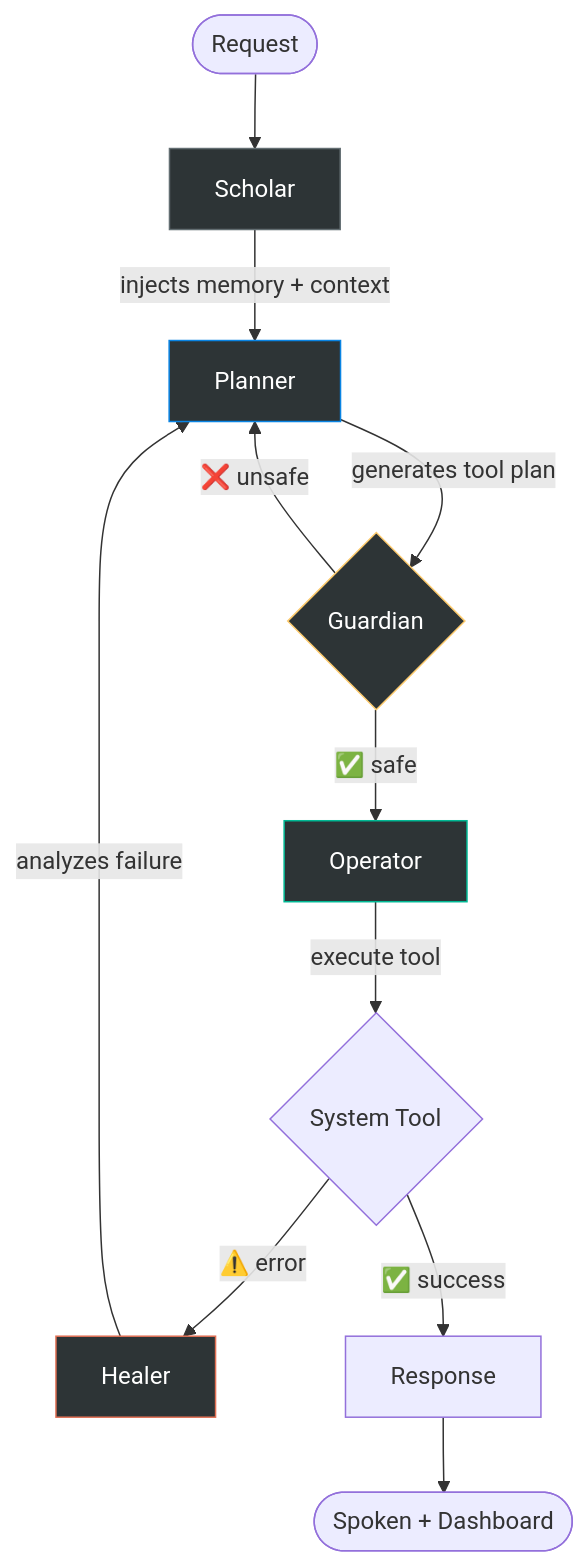
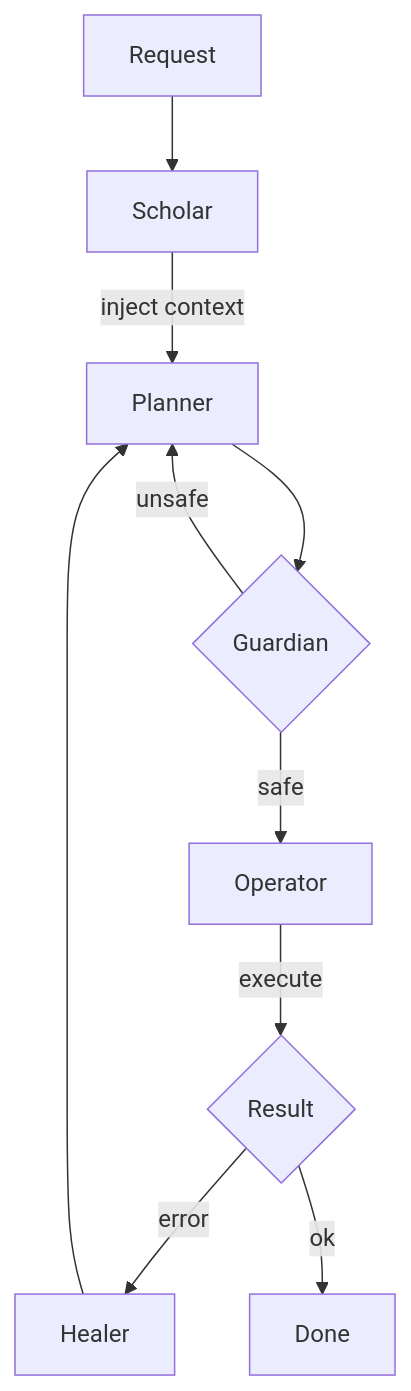
One commit to gajanand27-05/sg-cube_v1 changed the third of 3 diagrams in README.md. Above: the diagram before and after it, drawn with Mermaid. The commit also changed other lines of this file, not shown here.

Commit message:
Condense mermaid diagrams: 167→30 lines, 3 diagrams cut 70%+ nodes

````diff
--- a/README.md
+++ b/README.md
@@ -173,24 +80,10 @@
 ```mermaid
 flowchart TB
-    START([Request]) --> SCH[Scholar]
-    SCH -->|"injects memory + context"| PLA[Planner]
-
-    PLA -->|"generates tool plan"| GUA{Guardian}
-
-    GUA -->|"❌ unsafe"| PLA
-    GUA -->|"✅ safe"| OPR[Operator]
-
-    OPR -->|"execute tool"| TOOL{System Tool}
-    TOOL -->|"⚠️ error"| HLR[Healer]
-    TOOL -->|"✅ success"| RESP[Response]
-
-    HLR -->|"analyzes failure"| PLA
-
-    RESP --> DONE([Spoken + Dashboard])
-
-    style SCH fill:#2d3436,stroke:#636e72,color:#fff
-    style PLA fill:#2d3436,stroke:#0984e3,color:#fff
-    style GUA fill:#2d3436,stroke:#fdcb6e,color:#fff
-    style OPR fill:#2d3436,stroke:#00b894,color:#fff
-    style HLR fill:#2d3436,stroke:#e17055,color:#fff
+    REQ[Request] --> SCH[Scholar] -->|inject context| PLA[Planner]
+    PLA --> GUA{Guardian}
+    GUA -->|unsafe| PLA
+    GUA -->|safe| OPR[Operator]
+    OPR -->|execute| RES{Result}
+    RES -->|error| HLR[Healer] --> PLA
+    RES -->|ok| DONE[Done]
 ```
````
